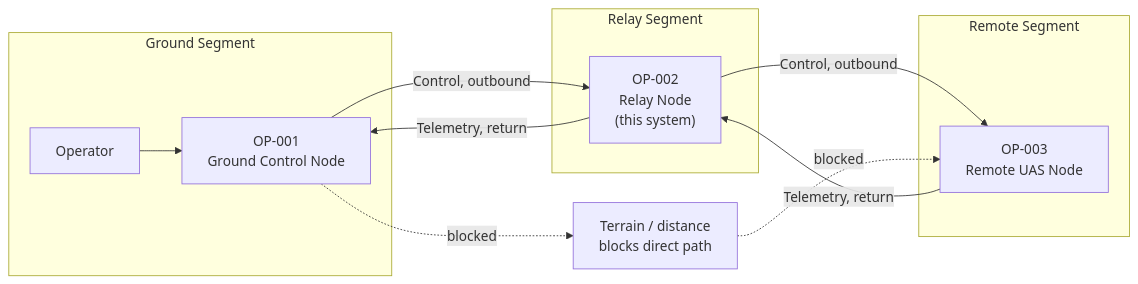
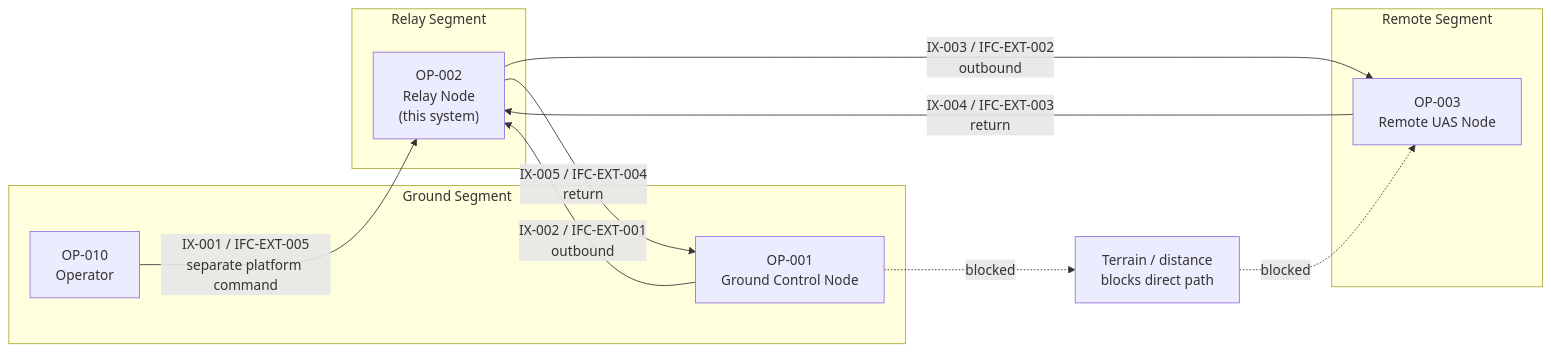
The second of 3 diagrams in uaf-views.md (noahstephenson/low-cost-relay-uas), drawn with Mermaid before and after one commit. The commit also changed other lines of this file and 22 other files, not shown here.

Commit message:
Add architecture views and reconcile baseline model

````diff
--- a/uaf-views.md
+++ b/uaf-views.md
@@ -115,25 +119,26 @@
 ```mermaid
-graph LR
+flowchart LR
+    %% Configuration scope: CFG-REP / CFG-DOM
     subgraph GROUND["Ground Segment"]
-        OPR["Operator"]
+        OP010["OP-010<br/>Operator"]
         OP001["OP-001<br/>Ground Control Node"]
     end
 
     subgraph AIR["Relay Segment"]
         OP002["OP-002<br/>Relay Node<br/>(this system)"]
     end
 
     subgraph REMOTE["Remote Segment"]
         OP003["OP-003<br/>Remote UAS Node"]
     end
 
-    OPR --> OP001
-    OP001 -->|Control, outbound| OP002
-    OP002 -->|Control, outbound| OP003
-    OP003 -->|Telemetry, return| OP002
-    OP002 -->|Telemetry, return| OP001
+    OP010 -->|IX-001 / IFC-EXT-005<br/>separate platform command| OP002
+    OP001 -->|IX-002 / IFC-EXT-001<br/>outbound| OP002
+    OP002 -->|IX-003 / IFC-EXT-002<br/>outbound| OP003
+    OP003 -->|IX-004 / IFC-EXT-003<br/>return| OP002
+    OP002 -->|IX-005 / IFC-EXT-004<br/>return| OP001
 
     TERRAIN["Terrain / distance<br/>blocks direct path"]
     OP001 -.->|blocked| TERRAIN
     TERRAIN -.->|blocked| OP003
 ```
````
